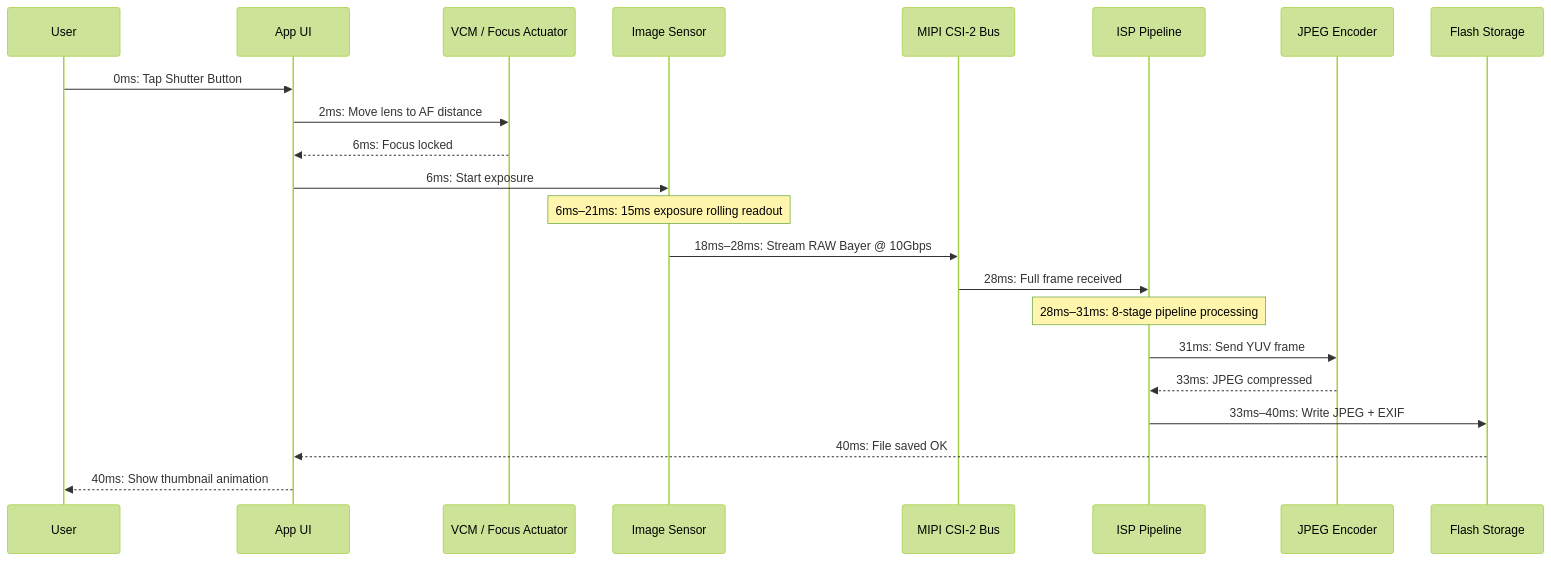
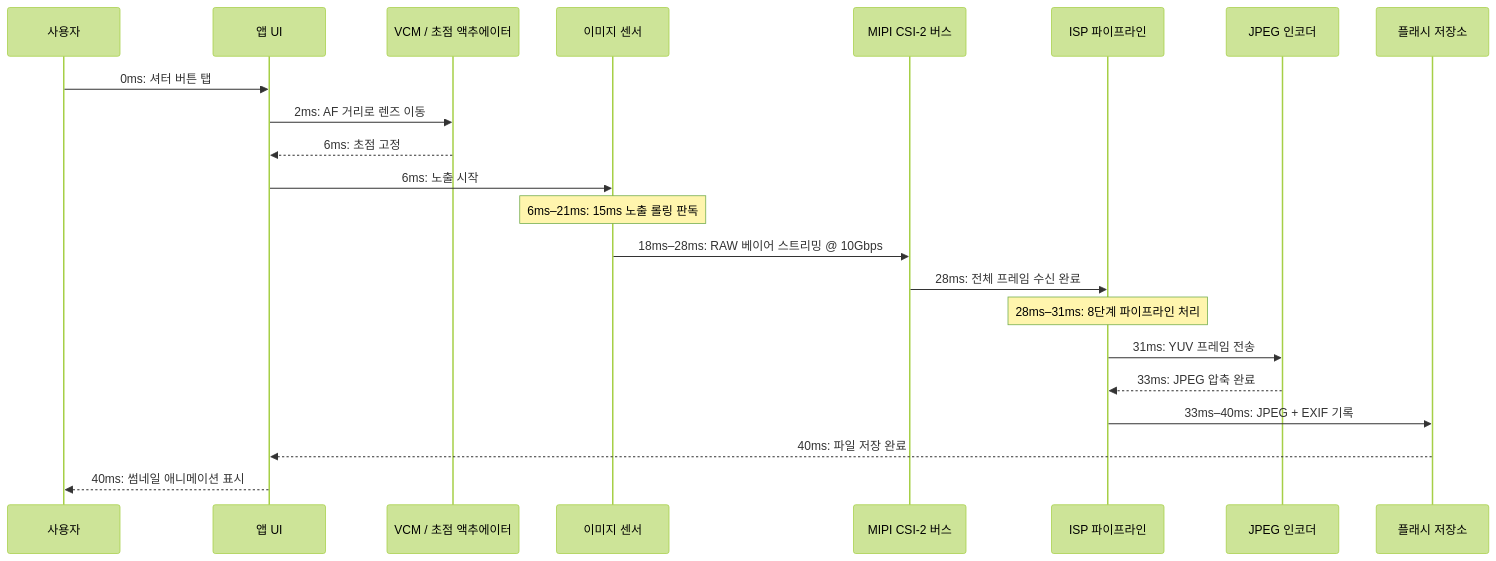
The fifth of 5 diagrams in website/i18n/ko/docusaurus-plugin-content-docs/current/camera2/understanding-smartphone-cameras.md (zoozooll/AndroidCameraParameters), drawn with Mermaid (forest theme) before and after one commit. The commit also changed other lines of this file and 378 other files, not shown here.

````diff
--- a/website/i18n/ko/docusaurus-plugin-content-docs/current/camera2/understanding-smartphone-cameras.md
+++ b/website/i18n/ko/docusaurus-plugin-content-docs/current/camera2/understanding-smartphone-cameras.md
@@ -228,25 +228,25 @@
 ```mermaid
 sequenceDiagram
-    participant User
-    participant UI as App UI
-    participant VCM as VCM / Focus Actuator
-    participant Sensor as Image Sensor
-    participant MIPI as MIPI CSI-2 Bus
-    participant ISP as ISP Pipeline
-    participant JPEG as JPEG Encoder
-    participant Storage as Flash Storage
+    participant User as 사용자
+    participant UI as 앱 UI
+    participant VCM as VCM / 초점 액추에이터
+    participant Sensor as 이미지 센서
+    participant MIPI as MIPI CSI-2 버스
+    participant ISP as ISP 파이프라인
+    participant JPEG as JPEG 인코더
+    participant Storage as 플래시 저장소
 
-    User->>UI: 0ms: Tap Shutter Button
-    UI->>VCM: 2ms: Move lens to AF distance
-    VCM-->>UI: 6ms: Focus locked
-    UI->>Sensor: 6ms: Start exposure
-    Note over Sensor: 6ms–21ms: 15ms exposure rolling readout
-    Sensor->>MIPI: 18ms–28ms: Stream RAW Bayer @ 10Gbps
-    MIPI->>ISP: 28ms: Full frame received
-    Note over ISP: 28ms–31ms: 8-stage pipeline processing
-    ISP->>JPEG: 31ms: Send YUV frame
-    JPEG-->>ISP: 33ms: JPEG compressed
-    ISP->>Storage: 33ms–40ms: Write JPEG + EXIF
-    Storage-->>UI: 40ms: File saved OK
-    UI-->>User: 40ms: Show thumbnail animation
+    User->>UI: 0ms: 셔터 버튼 탭
+    UI->>VCM: 2ms: AF 거리로 렌즈 이동
+    VCM-->>UI: 6ms: 초점 고정
+    UI->>Sensor: 6ms: 노출 시작
+    Note over Sensor: 6ms–21ms: 15ms 노출 롤링 판독
+    Sensor->>MIPI: 18ms–28ms: RAW 베이어 스트리밍 @ 10Gbps
+    MIPI->>ISP: 28ms: 전체 프레임 수신 완료
+    Note over ISP: 28ms–31ms: 8단계 파이프라인 처리
+    ISP->>JPEG: 31ms: YUV 프레임 전송
+    JPEG-->>ISP: 33ms: JPEG 압축 완료
+    ISP->>Storage: 33ms–40ms: JPEG + EXIF 기록
+    Storage-->>UI: 40ms: 파일 저장 완료
+    UI-->>User: 40ms: 썸네일 애니메이션 표시
 ```
````
